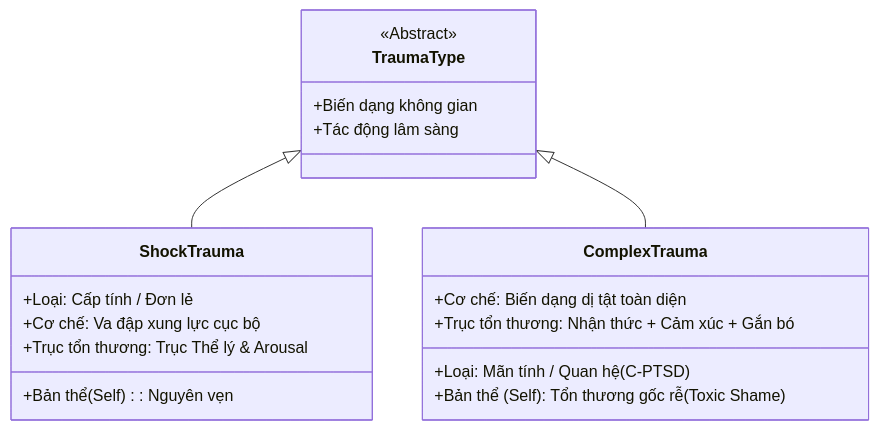
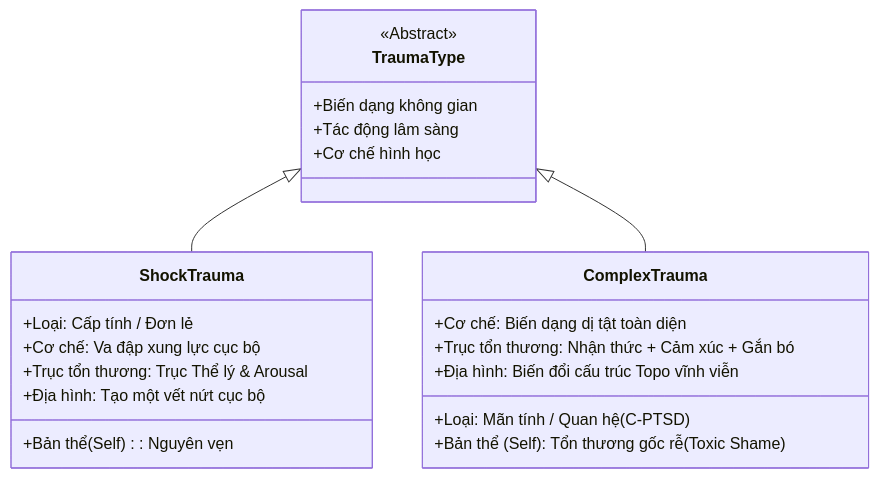
One commit to HeldenChill/Researchs changed the fourth of 6 diagrams in Mo-Hinh-Tam-Ly-Va-Sang-Chan-Da-Chieu.md. Above: the diagram before and after it, drawn with Mermaid. The commit also changed other lines of this file and 1 other file, not shown here.

````diff
--- a/Mo-Hinh-Tam-Ly-Va-Sang-Chan-Da-Chieu.md
+++ b/Mo-Hinh-Tam-Ly-Va-Sang-Chan-Da-Chieu.md
@@ -102,23 +148,26 @@
 ```mermaid
 classDiagram
     class TraumaType {
         <<Abstract>>
         +Biến dạng không gian
         +Tác động lâm sàng
+        +Cơ chế hình học
     }
     class ShockTrauma {
         +Loại: Cấp tính / Đơn lẻ
         +Cơ chế: Va đập xung lực cục bộ
         +Trục tổn thương: Trục Thể lý & Arousal
         +Bản thể (Self): Nguyên vẹn
+        +Địa hình: Tạo một vết nứt cục bộ
     }
     class ComplexTrauma {
         +Loại: Mãn tính / Quan hệ (C-PTSD)
         +Cơ chế: Biến dạng dị tật toàn diện
         +Trục tổn thương: Nhận thức + Cảm xúc + Gắn bó
         +Bản thể (Self): Tổn thương gốc rễ (Toxic Shame)
+        +Địa hình: Biến đổi cấu trúc Topo vĩnh viễn
     }
 
     TraumaType <|-- ShockTrauma
     TraumaType <|-- ComplexTrauma
 ```
````
